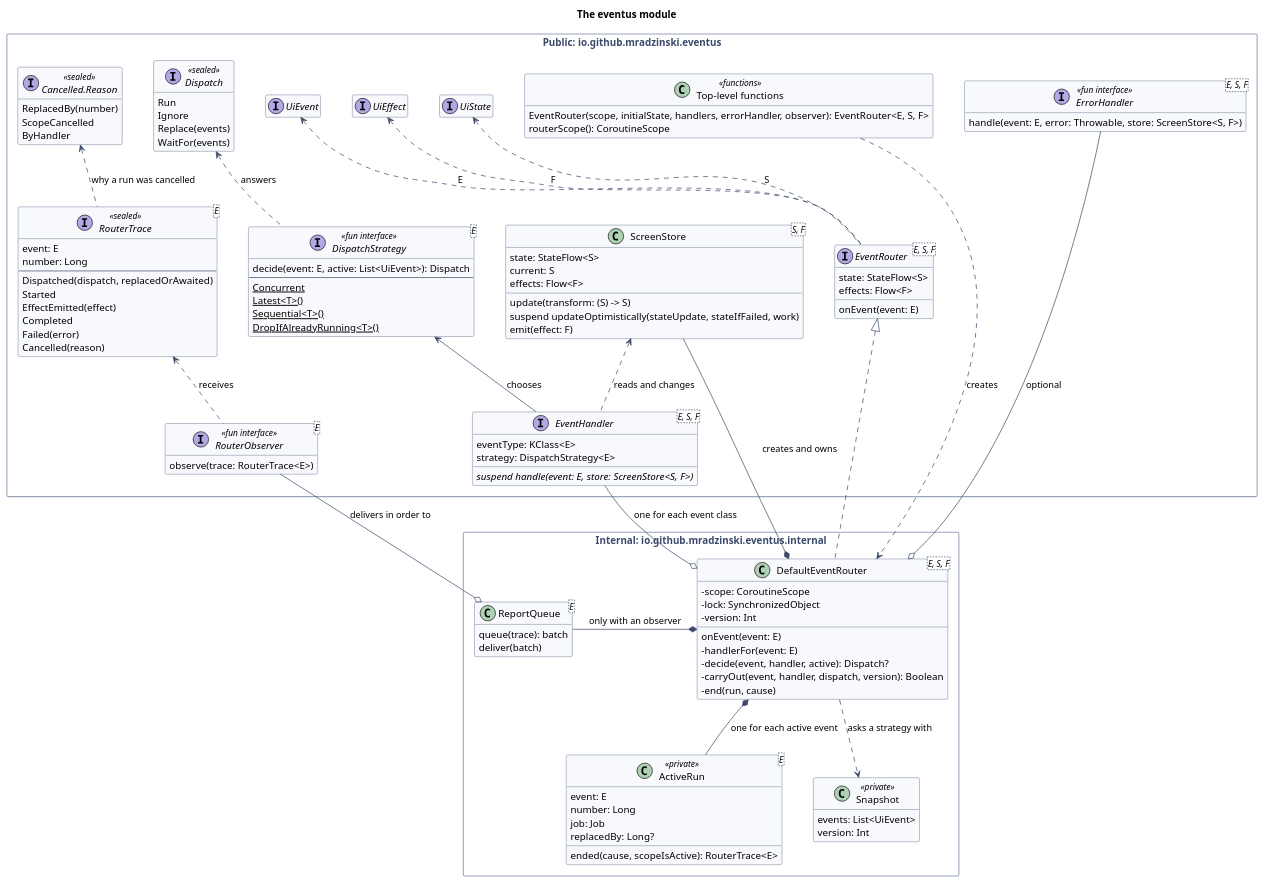
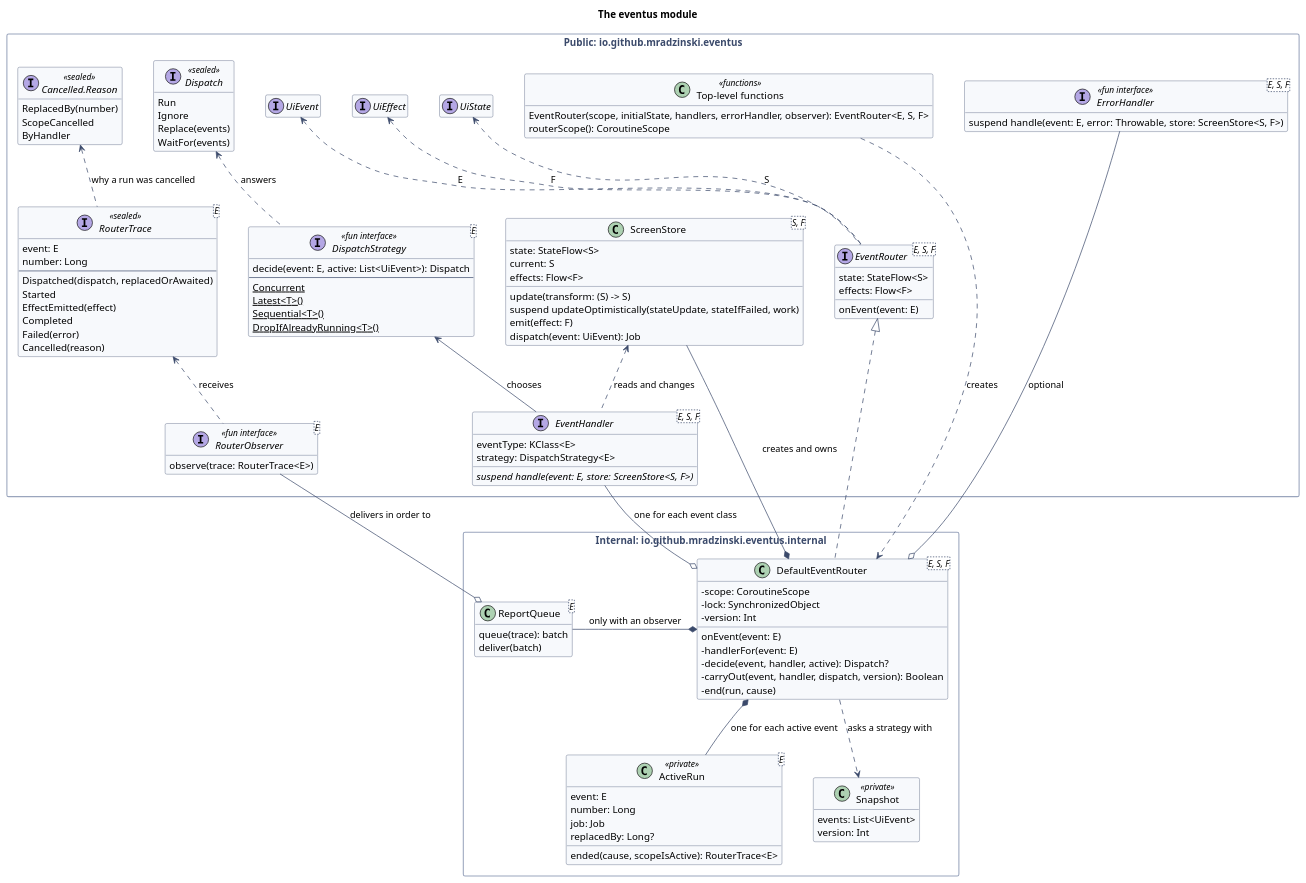
The diagram in docs/class-diagram.puml (mradzinski/Eventus), drawn with PlantUML before and after one commit. The commit also changed 14 other files, not shown here.

First line of the commit message:
Let a handler dispatch an event, and make the error handler a suspending function

```diff
--- a/docs/class-diagram.puml
+++ b/docs/class-diagram.puml
@@ -1,151 +1,152 @@
 @startuml
 title The eventus module
 
 skinparam shadowing false
 skinparam backgroundColor white
 skinparam classAttributeIconSize 0
 skinparam nodesep 45
 skinparam ranksep 60
 skinparam packageStyle rectangle
 skinparam class {
     BackgroundColor #F7F9FC
     BorderColor #3B4A6B
     ArrowColor #3B4A6B
     FontSize 14
 }
 skinparam package {
     BorderColor #9AA5BD
     FontColor #3B4A6B
 }
 hide empty members
 set separator none
 
 package "Public: io.github.mradzinski.eventus" as Public {
 
     interface UiEvent
     interface UiState
     interface UiEffect
 
     interface "EventRouter<E, S, F>" as EventRouter {
         state: StateFlow<S>
         effects: Flow<F>
         onEvent(event: E)
     }
 
     class "Top-level functions" as Functions <<functions>> {
         EventRouter(scope, initialState, handlers, errorHandler, observer): EventRouter<E, S, F>
         routerScope(): CoroutineScope
     }
 
     interface "EventHandler<E, S, F>" as EventHandler {
         eventType: KClass<E>
         strategy: DispatchStrategy<E>
         {abstract} suspend handle(event: E, store: ScreenStore<S, F>)
     }
 
     class "ScreenStore<S, F>" as ScreenStore {
         state: StateFlow<S>
         current: S
         effects: Flow<F>
         update(transform: (S) -> S)
         suspend updateOptimistically(stateUpdate, stateIfFailed, work)
         emit(effect: F)
+        dispatch(event: UiEvent): Job
     }
 
     interface "ErrorHandler<E, S, F>" as ErrorHandler <<fun interface>> {
-        handle(event: E, error: Throwable, store: ScreenStore<S, F>)
+        suspend handle(event: E, error: Throwable, store: ScreenStore<S, F>)
     }
 
     interface "DispatchStrategy<E>" as DispatchStrategy <<fun interface>> {
         decide(event: E, active: List<UiEvent>): Dispatch
         --
         {static} Concurrent
         {static} Latest<T>()
         {static} Sequential<T>()
         {static} DropIfAlreadyRunning<T>()
     }
 
     interface Dispatch <<sealed>> {
         Run
         Ignore
         {field} Replace(events)
         {field} WaitFor(events)
     }
 
     interface "RouterObserver<E>" as RouterObserver <<fun interface>> {
         observe(trace: RouterTrace<E>)
     }
 
     interface "RouterTrace<E>" as RouterTrace <<sealed>> {
         event: E
         number: Long
         --
         {field} Dispatched(dispatch, replacedOrAwaited)
         Started
         {field} EffectEmitted(effect)
         Completed
         {field} Failed(error)
         {field} Cancelled(reason)
     }
 
     interface "Cancelled.Reason" as Reason <<sealed>> {
         {field} ReplacedBy(number)
         ScopeCancelled
         ByHandler
     }
 }
 
 package "Internal: io.github.mradzinski.eventus.internal" as Internal {
 
     class "DefaultEventRouter<E, S, F>" as DefaultEventRouter {
         - scope: CoroutineScope
         - lock: SynchronizedObject
         - version: Int
         onEvent(event: E)
         - handlerFor(event: E)
         - decide(event, handler, active): Dispatch?
         - carryOut(event, handler, dispatch, version): Boolean
         - end(run, cause)
     }
 
     class "ActiveRun<E>" as ActiveRun <<private>> {
         event: E
         number: Long
         job: Job
         replacedBy: Long?
         ended(cause, scopeIsActive): RouterTrace<E>
     }
 
     class Snapshot <<private>> {
         events: List<UiEvent>
         version: Int
     }
 
     class "ReportQueue<E>" as ReportQueue {
         queue(trace): batch
         deliver(batch)
     }
 }
 
 EventRouter <|.. DefaultEventRouter
 Functions ..> DefaultEventRouter : creates
 
 ScreenStore --* DefaultEventRouter : creates and owns
 EventHandler --o DefaultEventRouter : one for each event class
 ErrorHandler --o DefaultEventRouter : optional
 RouterObserver --o ReportQueue : delivers in order to
 
 DefaultEventRouter *-- ActiveRun : one for each active event
 DefaultEventRouter ..> Snapshot : asks a strategy with
 DefaultEventRouter *-right- ReportQueue : only with an observer
 
 EventHandler .up.> ScreenStore : reads and changes
 DispatchStrategy <-- EventHandler : chooses
 Dispatch <.. DispatchStrategy : answers
 RouterTrace <.. RouterObserver : receives
 Reason <.. RouterTrace : why a run was cancelled
 
 UiEvent <.. EventRouter : E
 UiState <.. EventRouter : S
 UiEffect <.. EventRouter : F
 @enduml
```
